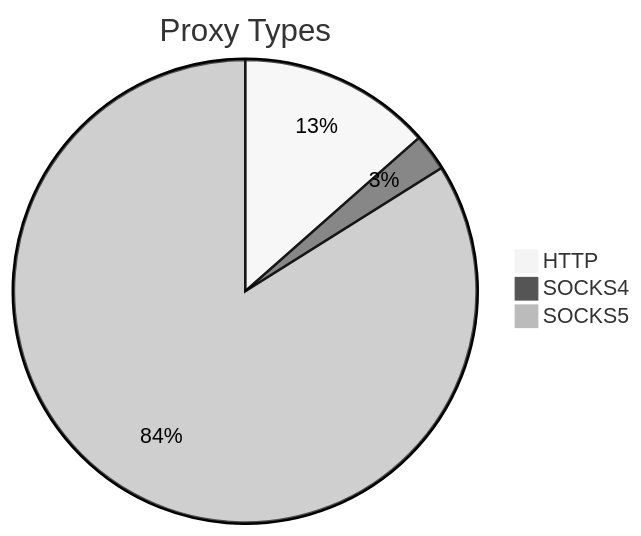
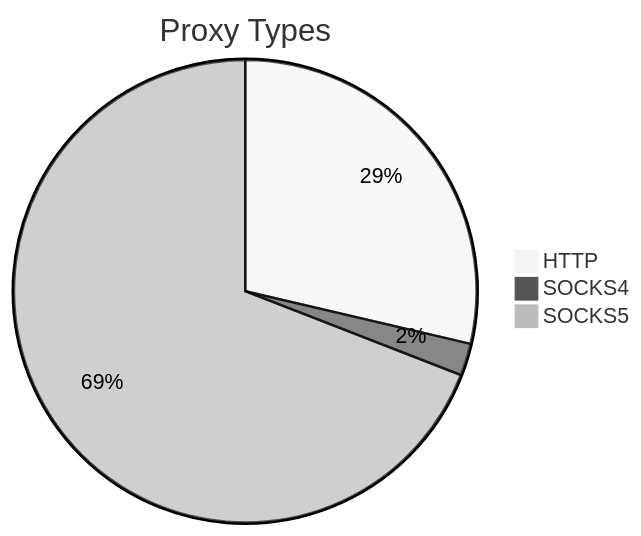
One commit to stormsia/proxy-list changed the first of 2 diagrams in README.md. Above: the diagram before and after it, drawn with Mermaid (neutral theme). The commit also changed other lines of this file, not shown here.

````diff
--- a/README.md
+++ b/README.md
@@ -21,6 +21,6 @@
 ```mermaid
 pie title Proxy Types
-    "HTTP" : 99
-    "SOCKS4" : 19
-    "SOCKS5" : 616
+    "HTTP" : 102
+    "SOCKS4" : 8
+    "SOCKS5" : 246
 ```
````
